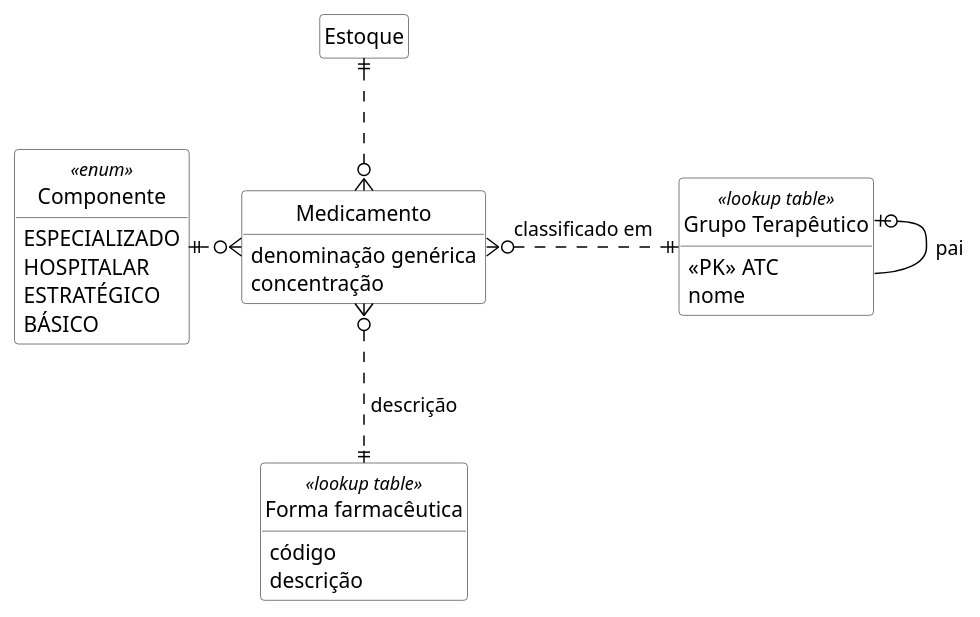
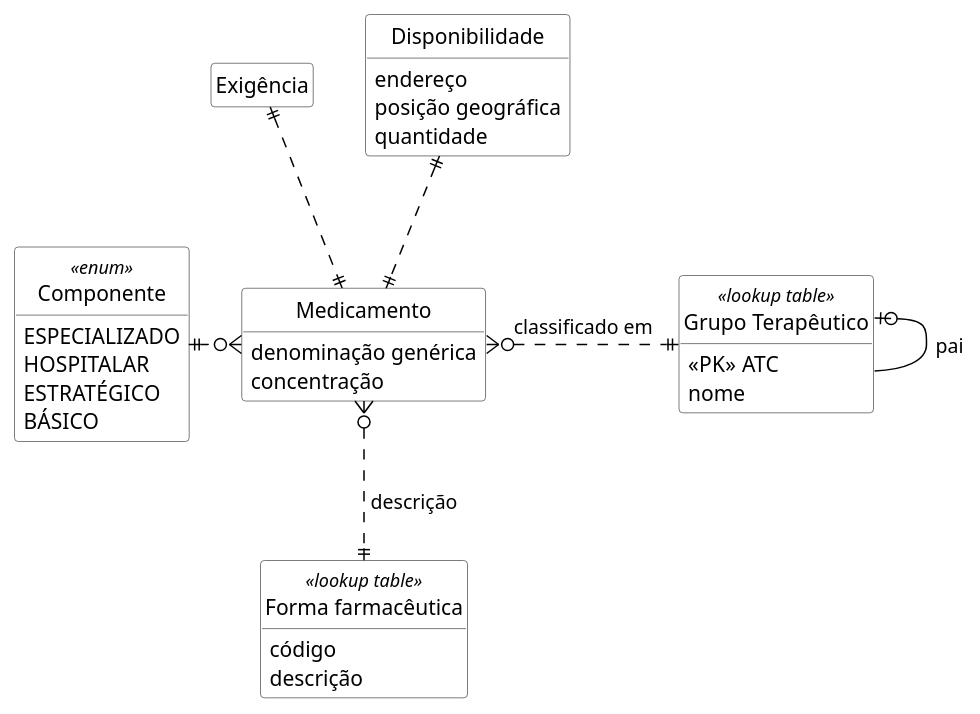
The diagram in UML/dados.puml (kyriosdata/medicamentos), drawn with PlantUML before and after one commit. The commit also changed 1 other file, not shown here.

```diff
--- a/UML/dados.puml
+++ b/UML/dados.puml
@@ -1,41 +1,48 @@
 @startuml dados
 
 hide circle
 hide methods
 hide empty members
 
 skinparam class {
     BackgroundColor White
     ArrowColor Black
     BorderColor #505050
 }
 
 entity "Grupo Terapêutico" as GT <<lookup table>> {
     <<PK>> ATC
     nome
 }
 
 entity Medicamento {
     denominação genérica
     concentração
 }
 
 entity "Forma farmacêutica" as FF <<lookup table>> {
     código
     descrição
 }
 
 entity Componente <<enum>> {
     ESPECIALIZADO
     HOSPITALAR
     ESTRATÉGICO
     BÁSICO
 } 
 
+entity Disponibilidade {
+    endereço
+    posição geográfica
+    quantidade
+}
+
 GT |o-- GT : pai
 Medicamento }o.right.|| GT : classificado em
 Medicamento }o..|| FF : " descrição"
 Medicamento }o.left.|| Componente
-Medicamento }o.up.|| Estoque
+Medicamento ||.up.|| Disponibilidade
+Medicamento ||.up.|| Exigência
 
 @enduml
```
